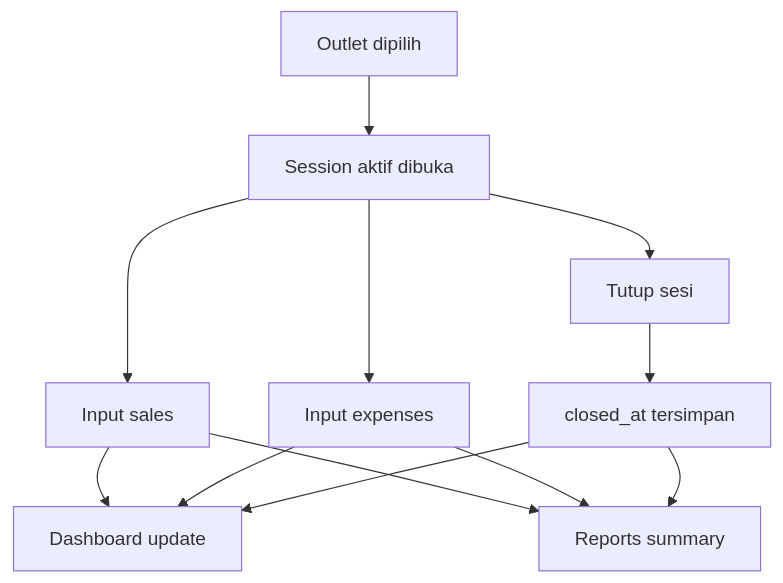
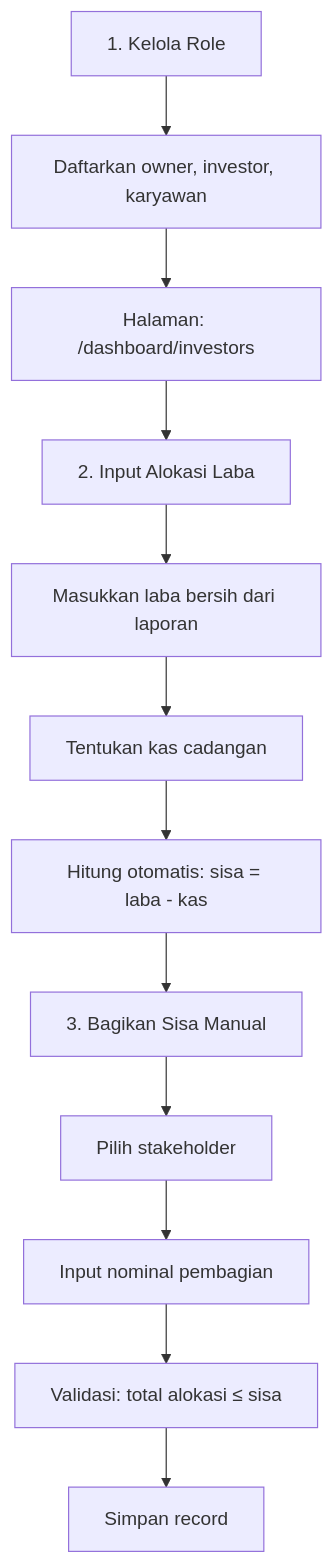
One commit to aditrendy56-tech/manajemen-keuangan changed the second of 4 diagrams in README.md. Above: the diagram before and after it, drawn with Mermaid. The commit also changed other lines of this file and 8 other files, not shown here.

Commit message:
refactor: manual allocation system with role management

````diff
--- a/README.md
+++ b/README.md
@@ -75,14 +81,14 @@
 ```mermaid
 flowchart TD
-  A[Outlet dipilih] --> B[Session aktif dibuka]
-  B --> C[Input sales]
-  B --> D[Input expenses]
-  C --> E[Dashboard update]
-  D --> E
-  C --> F[Reports summary]
-  D --> F
-  B --> G[Tutup sesi]
-  G --> H[closed_at tersimpan]
-  H --> E
-  H --> F
+  A["1. Kelola Role"] --> B["Daftarkan owner, investor, karyawan"]
+  B --> C["Halaman: /dashboard/investors"]
+  C --> D["2. Input Alokasi Laba"]
+  D --> E["Masukkan laba bersih dari laporan"]
+  E --> F["Tentukan kas cadangan"]
+  F --> G["Hitung otomatis: sisa = laba - kas"]
+  G --> H["3. Bagikan Sisa Manual"]
+  H --> I["Pilih stakeholder"]
+  I --> J["Input nominal pembagian"]
+  J --> K["Validasi: total alokasi ≤ sisa"]
+  K --> L["Simpan record"]
 ```
````
